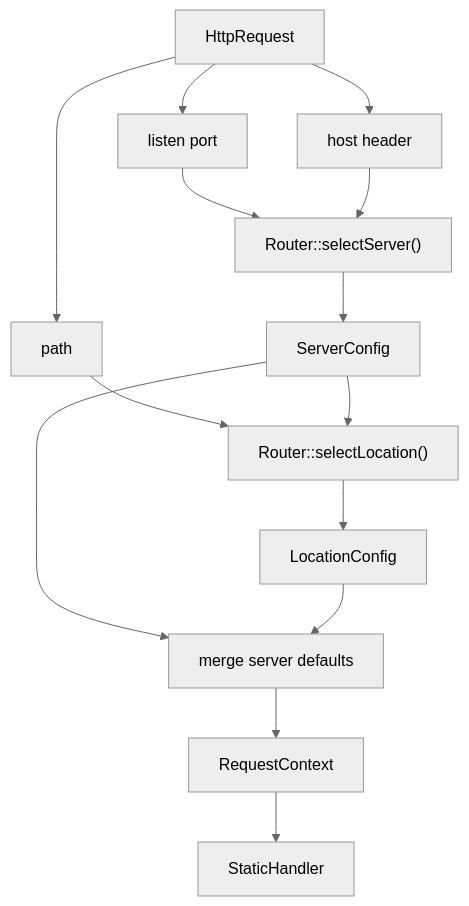
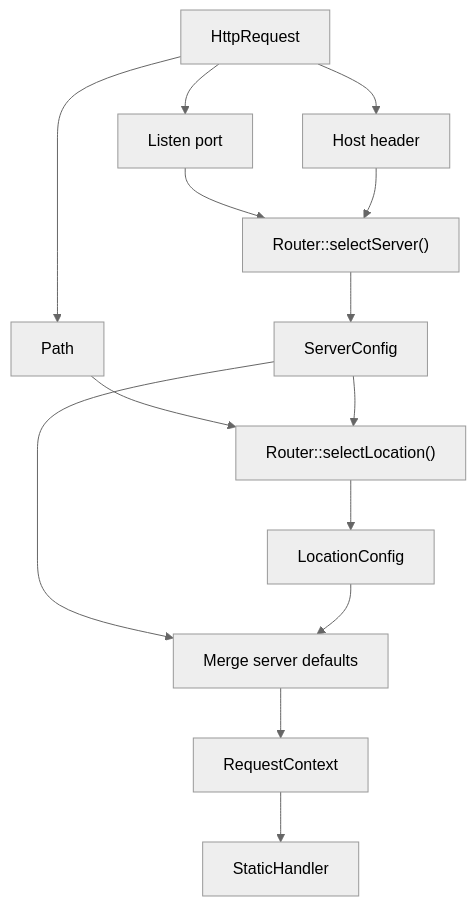
One commit to SkyDogzz/webserv changed the third of 4 diagrams in README.md. Above: the diagram before and after it, drawn with Mermaid (neutral theme). The commit also changed other lines of this file and 3 other files, not shown here.

````diff
--- a/README.md
+++ b/README.md
@@ -56,16 +75,16 @@
 ```mermaid
 flowchart TD
-    A["HttpRequest"] --> B["listen port"]
-    A --> C["host header"]
-    A --> D["path"]
+    A["HttpRequest"] --> B["Listen port"]
+    A --> C["Host header"]
+    A --> D["Path"]
     B --> E["Router::selectServer()"]
     C --> E
     E --> F["ServerConfig"]
     D --> G["Router::selectLocation()"]
     F --> G
     G --> H["LocationConfig"]
-    F --> I["merge server defaults"]
+    F --> I["Merge server defaults"]
     H --> I
     I --> J["RequestContext"]
     J --> K["StaticHandler"]
 ```
````
